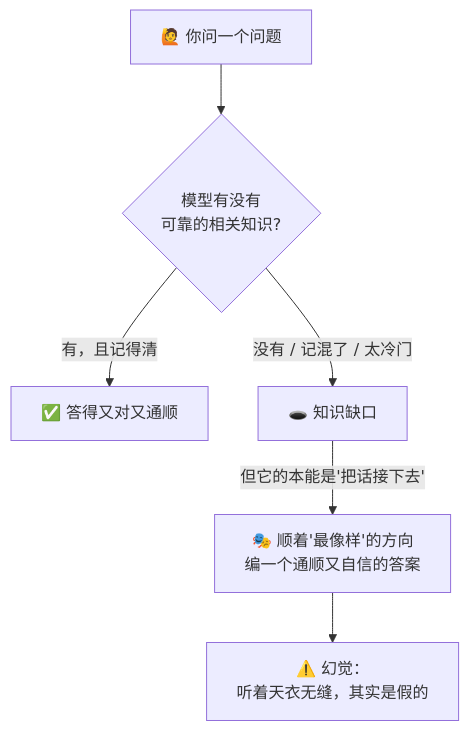
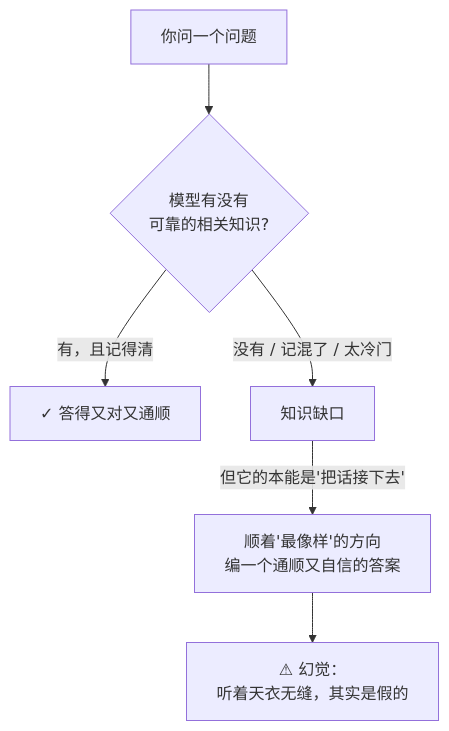
One commit to luckykhy/KhyAiHub changed the first of 3 diagrams in docs/02_CONCEPTS_概念入门/CONCEPT/[CONCEPT-31] 什么是幻觉-Hallucination.md. Above: the diagram before and after it, drawn with Mermaid. The commit also changed other lines of this file and 19 other files, not shown here.

````diff
--- a/docs/02_CONCEPTS_概念入门/CONCEPT/[CONCEPT-31] 什么是幻觉-Hallucination.md
+++ b/docs/02_CONCEPTS_概念入门/CONCEPT/[CONCEPT-31] 什么是幻觉-Hallucination.md
@@ -41,8 +41,8 @@
 ```mermaid
 flowchart TB
-  Q["🙋 你问一个问题"] --> K{"模型有没有<br/>可靠的相关知识?"}
-  K -->|"有，且记得清"| REAL["✅ 答得又对又通顺"]
-  K -->|"没有 / 记混了 / 太冷门"| GAP["🕳️ 知识缺口"]
-  GAP -->|"但它的本能是'把话接下去'"| FILL["🎭 顺着'最像样'的方向<br/>编一个通顺又自信的答案"]
-  FILL --> HALL["⚠️ 幻觉：<br/>听着天衣无缝，其实是假的"]
+  Q["你问一个问题"] --> K{"模型有没有<br/>可靠的相关知识?"}
+  K -->|"有，且记得清"| REAL["✓ 答得又对又通顺"]
+  K -->|"没有 / 记混了 / 太冷门"| GAP["知识缺口"]
+  GAP -->|"但它的本能是'把话接下去'"| FILL["顺着'最像样'的方向<br/>编一个通顺又自信的答案"]
+  FILL --> HALL["⚠ 幻觉：<br/>听着天衣无缝，其实是假的"]
 ```
````
